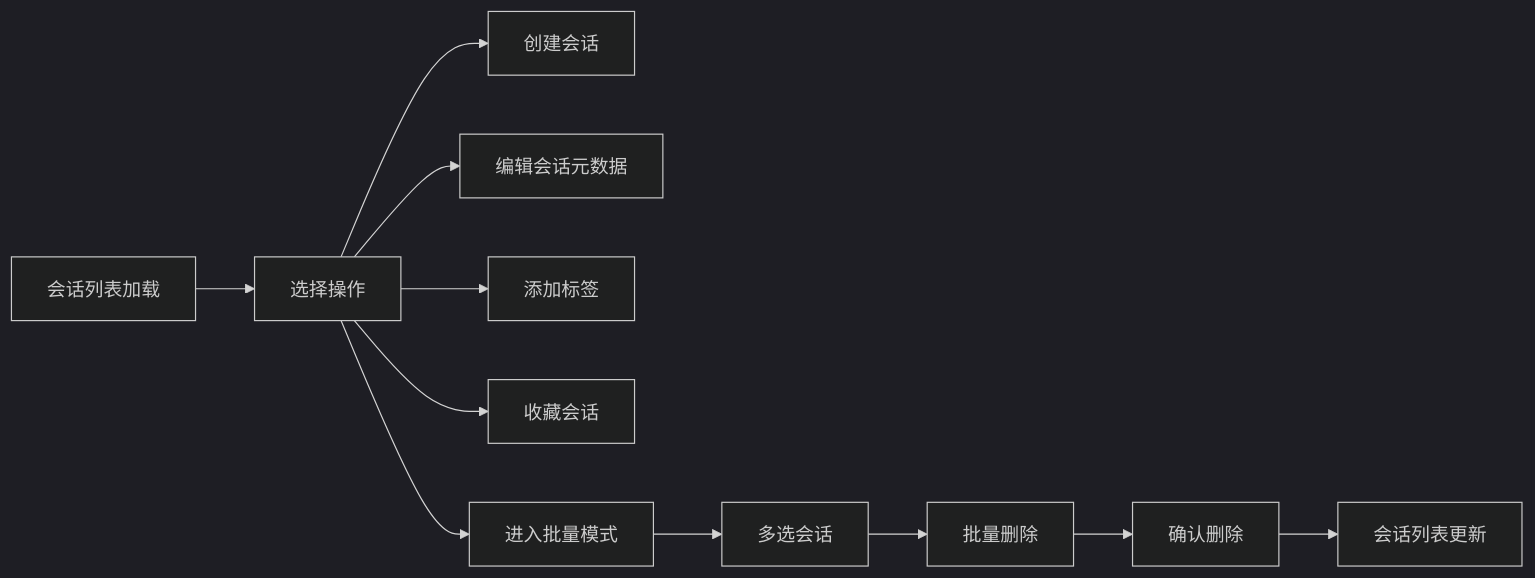
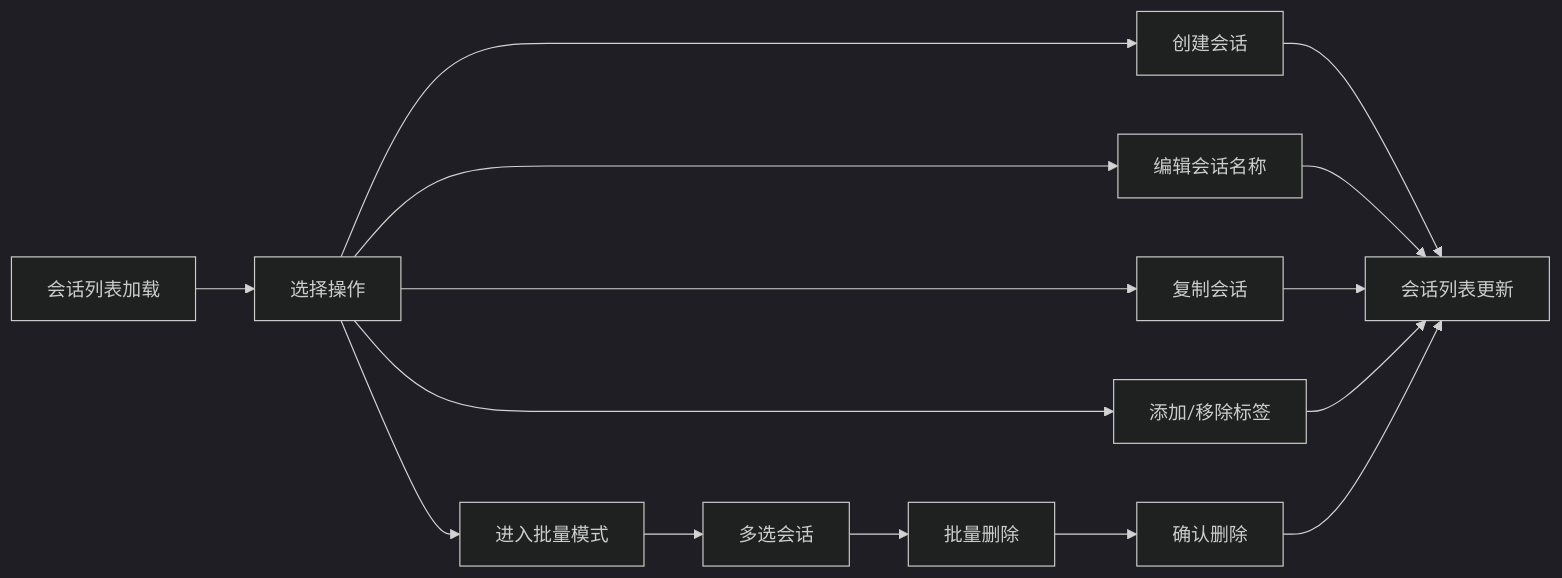
One commit to effiy/YiWeb changed the fourth of 5 diagrams in docs/故事任务面板/aicr/使用场景.md. Above: the diagram before and after it, drawn with Mermaid (dark theme). The commit also changed other lines of this file and 7 other files, not shown here.

````diff
--- a/docs/故事任务面板/aicr/使用场景.md
+++ b/docs/故事任务面板/aicr/使用场景.md
@@ -119,13 +126,17 @@
 ```mermaid
 flowchart LR
     A["会话列表加载"] --> B["选择操作"]
     B --> C["创建会话"]
-    B --> D["编辑会话元数据"]
-    B --> E["添加标签"]
-    B --> F["收藏会话"]
+    B --> D["编辑会话名称"]
+    B --> E["复制会话"]
+    B --> F["添加/移除标签"]
     B --> G["进入批量模式"]
-    G --> H["多选会话"]
-    H --> I["批量删除"]
-    I --> J["确认删除"]
-    J --> K["会话列表更新"]
+    C --> H["会话列表更新"]
+    D --> H
+    E --> H
+    F --> H
+    G --> I["多选会话"]
+    I --> J["批量删除"]
+    J --> K["确认删除"]
+    K --> H
 ```
````
